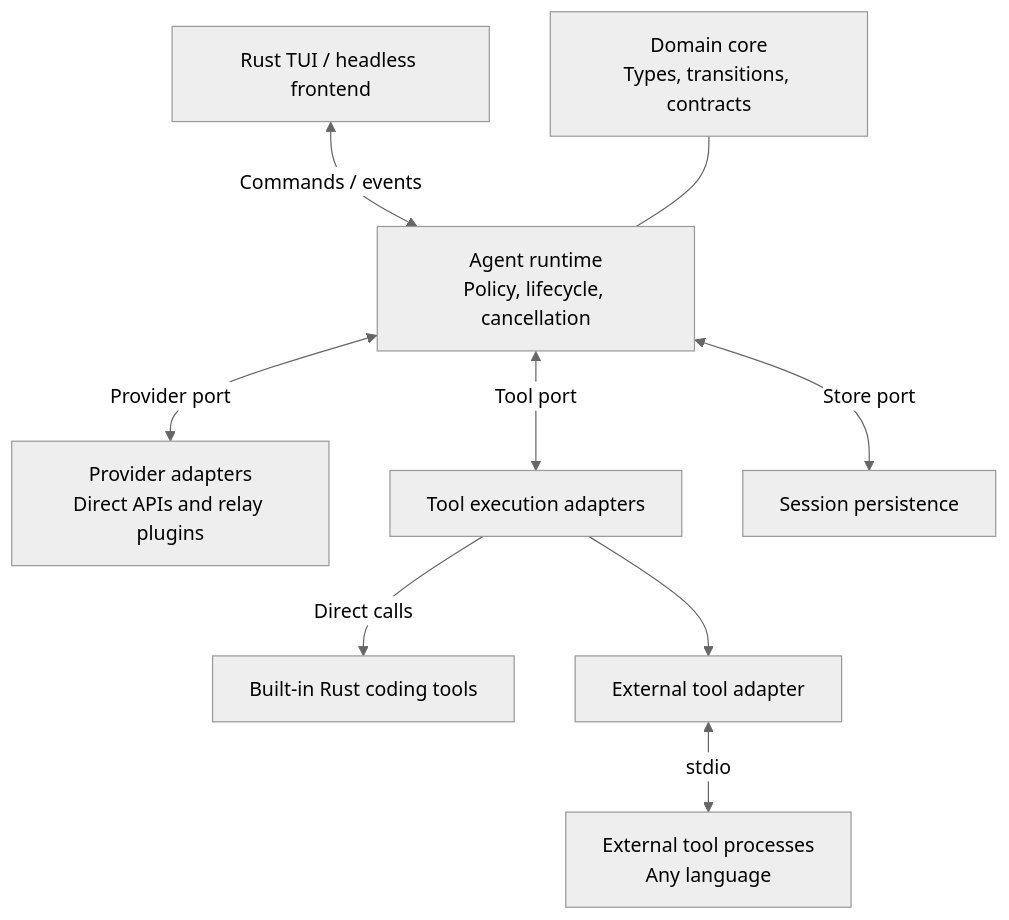
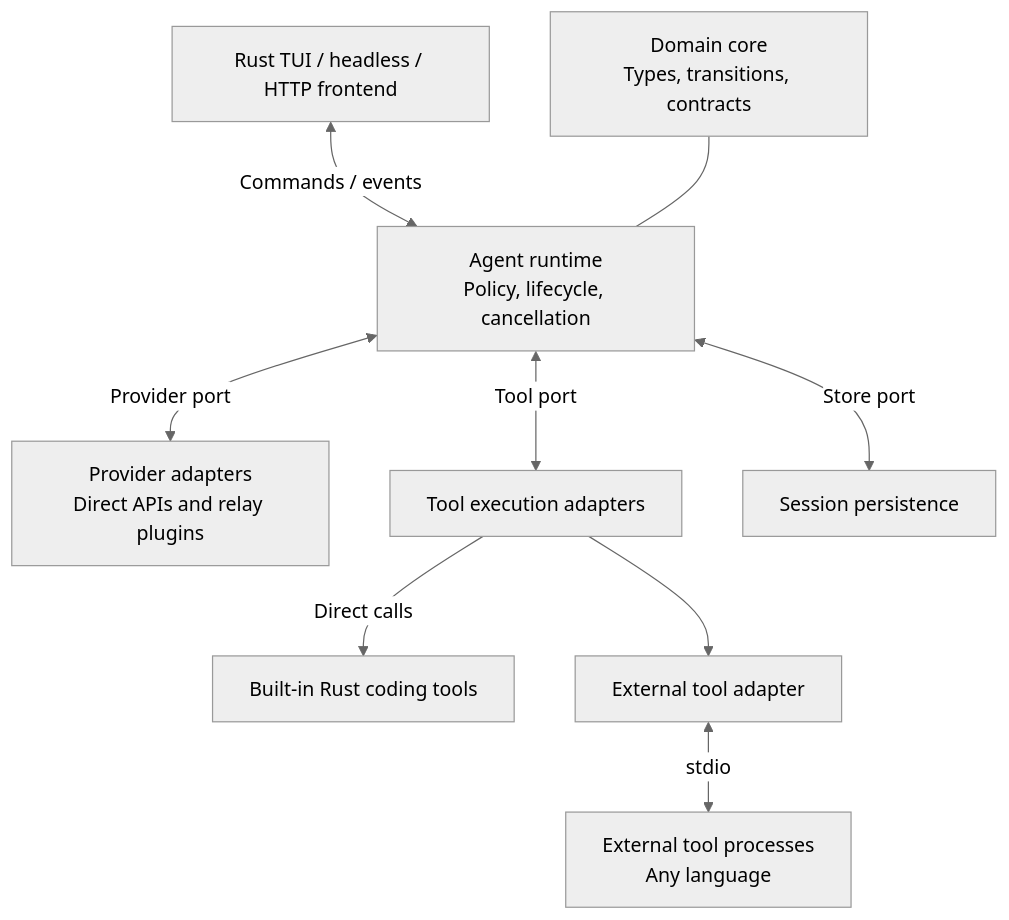
The first of 2 diagrams in README.md (immane/nexus-agent), drawn with Mermaid (neutral theme) before and after one commit. The commit also changed other lines of this file and 1 other file, not shown here.

````diff
--- a/README.md
+++ b/README.md
@@ -70,21 +70,21 @@
 ```mermaid
 flowchart TB
-    Frontend["Rust TUI / headless frontend"]
+    Frontend["Rust TUI / headless / HTTP frontend"]
     Core["Domain core<br/>Types, transitions, contracts"]
     Runtime["Agent runtime<br/>Policy, lifecycle, cancellation"]
     Provider["Provider adapters<br/>Direct APIs and relay plugins"]
     Tools["Tool execution adapters"]
     Store["Session persistence"]
     Builtin["Built-in Rust coding tools"]
     Bridge["External tool adapter"]
     Plugins["External tool processes<br/>Any language"]
 
     Frontend <-->|Commands / events| Runtime
     Core --- Runtime
     Runtime <-->|Provider port| Provider
     Runtime <-->|Tool port| Tools
     Runtime <-->|Store port| Store
     Tools -->|Direct calls| Builtin
     Tools --> Bridge
     Bridge <-->|stdio| Plugins
 ```
````
